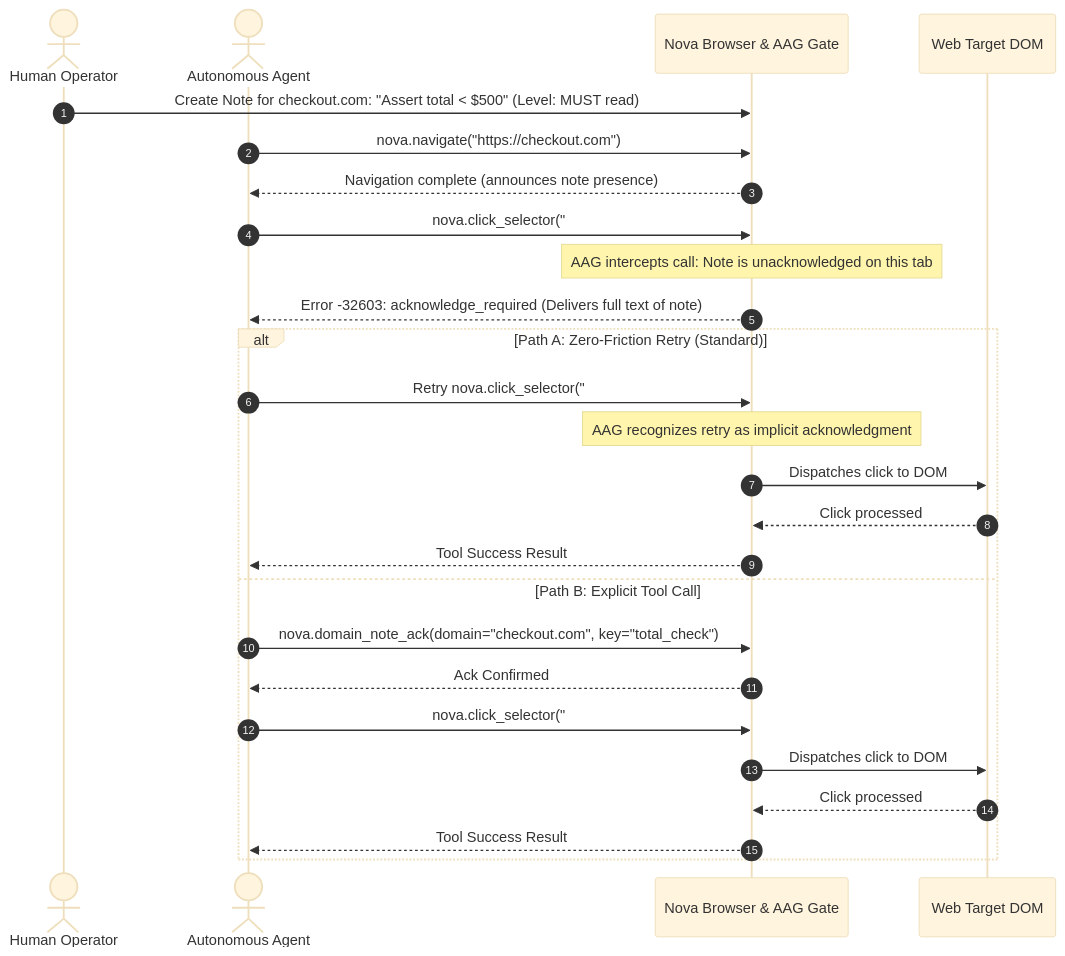
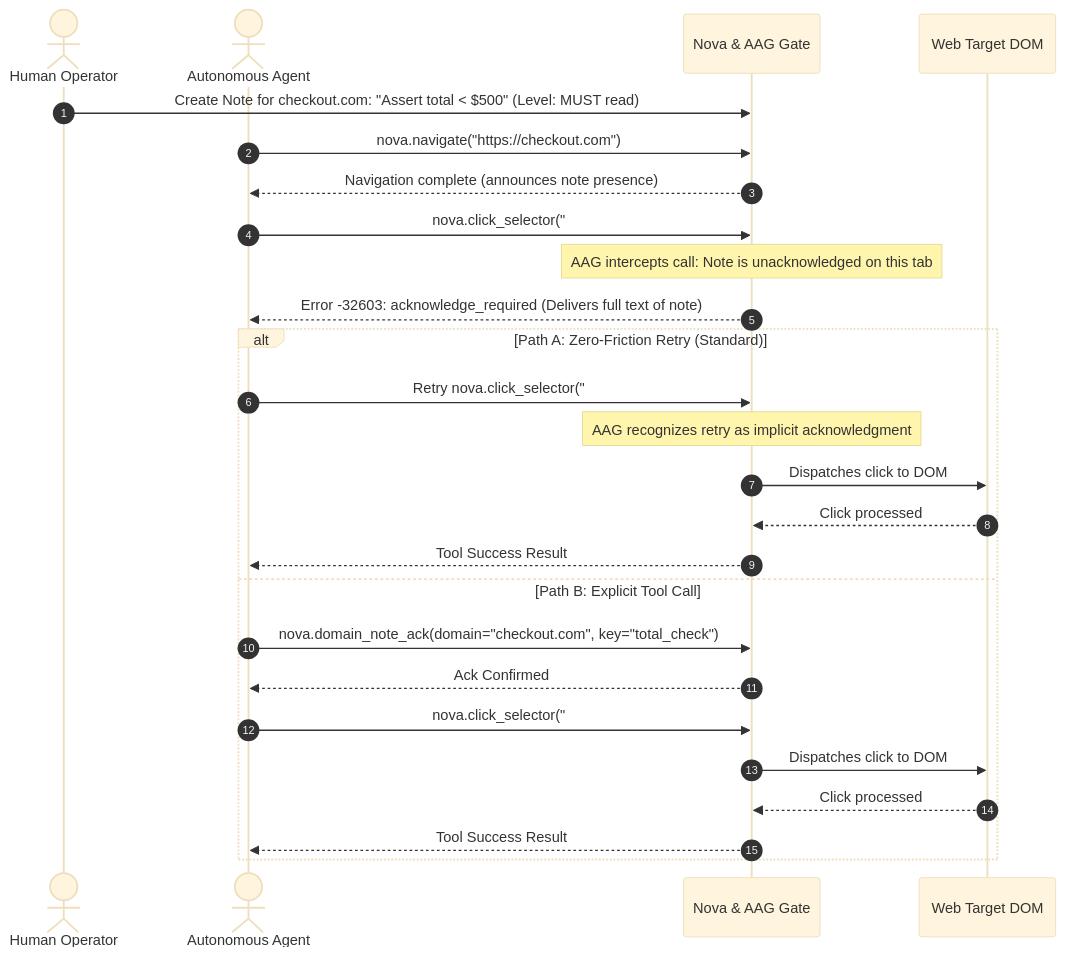
Before and after one commit to joelaniol/nova: the second of 3 diagrams in docs/core-features/learning/domain-notes/README.md, drawn with Mermaid (base theme). The commit also changed 15 other files, not shown here.

````diff
--- a/docs/core-features/learning/domain-notes/README.md
+++ b/docs/core-features/learning/domain-notes/README.md
@@ -68,31 +68,31 @@
 ```mermaid
 sequenceDiagram
     autonumber
     actor User as Human Operator
     actor Agent as Autonomous Agent
-    participant Nova as Nova Browser & AAG Gate
+    participant Nova as Nova & AAG Gate
     participant Web as Web Target DOM
 
     User->>Nova: Create Note for checkout.com: "Assert total < $500" (Level: MUST read)
     Agent->>Nova: nova.navigate("https://checkout.com")
     Nova-->>Agent: Navigation complete (announces note presence)
     
     Agent->>Nova: nova.click_selector("#submit-payment")
     Note over Nova: AAG intercepts call: Note is unacknowledged on this tab
     Nova-->>Agent: Error -32603: acknowledge_required (Delivers full text of note)
     
     alt Path A: Zero-Friction Retry (Standard)
         Agent->>Nova: Retry nova.click_selector("#submit-payment")
         Note over Nova: AAG recognizes retry as implicit acknowledgment
         Nova->>Web: Dispatches click to DOM
         Web-->>Nova: Click processed
         Nova-->>Agent: Tool Success Result
     else Path B: Explicit Tool Call
         Agent->>Nova: nova.domain_note_ack(domain="checkout.com", key="total_check")
         Nova-->>Agent: Ack Confirmed
         Agent->>Nova: nova.click_selector("#submit-payment")
         Nova->>Web: Dispatches click to DOM
         Web-->>Nova: Click processed
         Nova-->>Agent: Tool Success Result
     end
 ```
````
